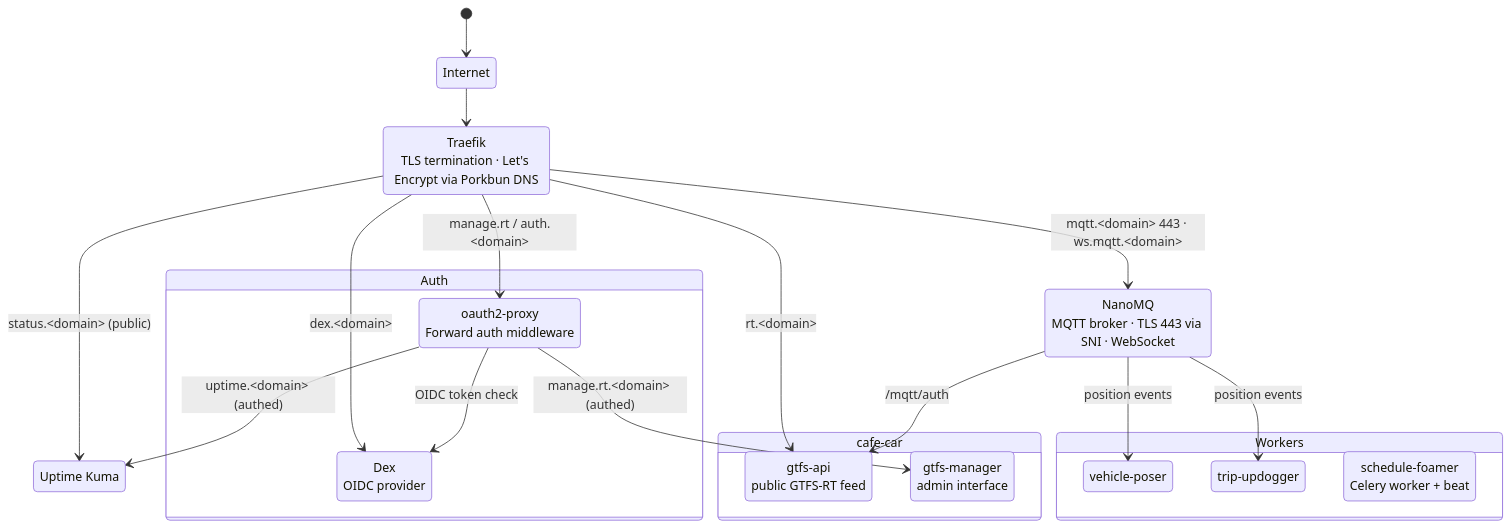
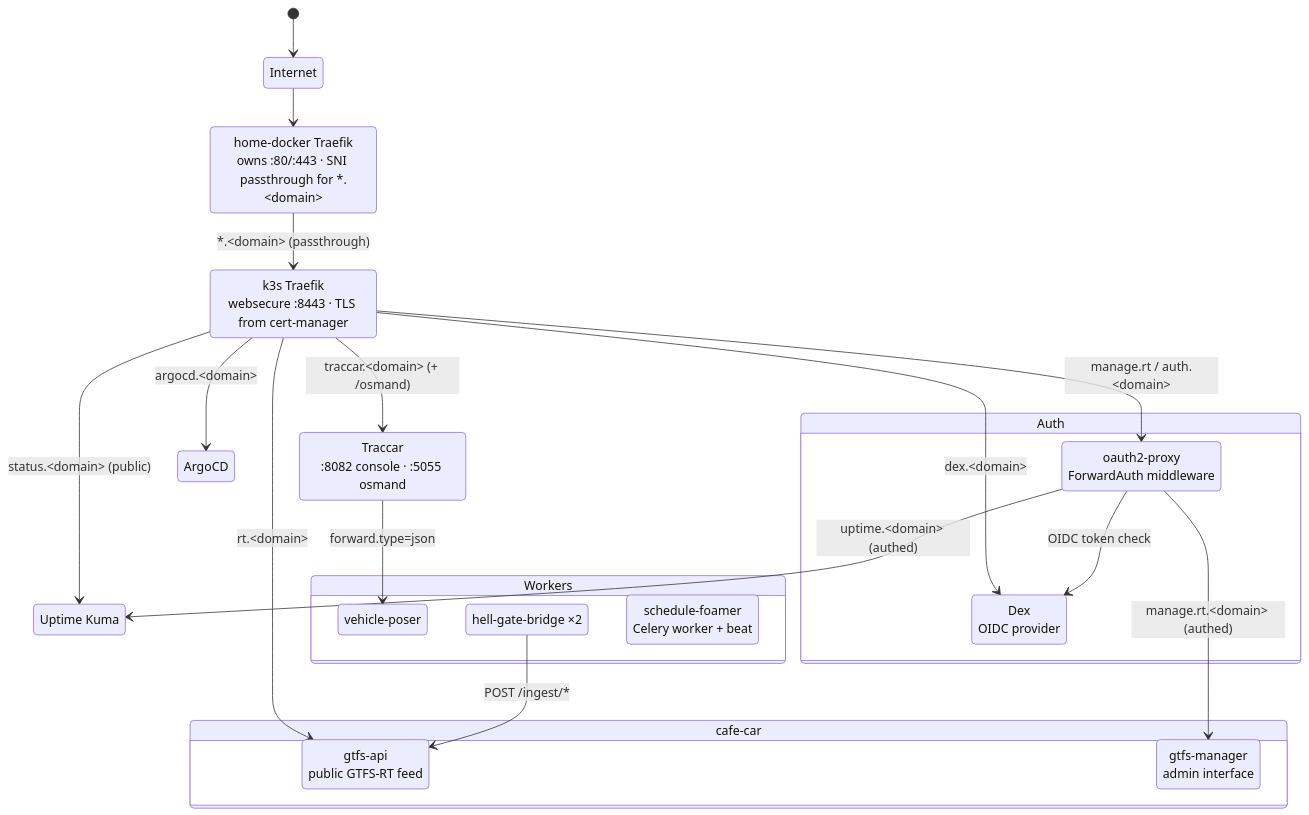
The fifth of 7 diagrams in README.md (gtfs-zone/deploy-gtfs-rt), drawn with Mermaid before and after one commit. The commit also changed other lines of this file and 39 other files, not shown here.

````diff
--- a/README.md
+++ b/README.md
@@ -291,40 +299,43 @@
 ```mermaid
 stateDiagram-v2
     Internet : Internet
-    tr : Traefik<br>TLS termination · Let's Encrypt via Porkbun DNS
-    nm : NanoMQ<br>MQTT broker · TLS 443 via SNI · WebSocket
+    edge : home-docker Traefik<br>owns :80/:443 · SNI passthrough for *.&ltdomain&gt
+    tr : k3s Traefik<br>websecure :8443 · TLS from cert-manager
+    tc : Traccar<br>:8082 console · :5055 osmand
     uk : Uptime Kuma
+    ag : ArgoCD
 
     state "Auth" as auth {
-        op : oauth2-proxy<br>Forward auth middleware
+        op : oauth2-proxy<br>ForwardAuth middleware
         dx : Dex<br>OIDC provider
     }
 
     state "cafe-car" as application {
         cp : gtfs-api<br>public GTFS-RT feed
         ca : gtfs-manager<br>admin interface
     }
 
     state "Workers" as workers {
         vp : vehicle-poser
-        tu : trip-updogger
+        hgb : hell-gate-bridge ×2
         sf : schedule-foamer<br>Celery worker + beat
     }
 
     [*] --> Internet
-    Internet --> tr
+    Internet --> edge
+    edge --> tr : *.&ltdomain&gt (passthrough)
 
     tr --> cp : rt.&ltdomain&gt
     tr --> op : manage.rt / auth.&ltdomain&gt
     tr --> dx : dex.&ltdomain&gt
-    tr --> nm : mqtt.&ltdomain&gt 443 · ws.mqtt.&ltdomain&gt
+    tr --> tc : traccar.&ltdomain&gt (+ /osmand)
     tr --> uk : status.&ltdomain&gt (public)
+    tr --> ag : argocd.&ltdomain&gt
 
     op --> ca : manage.rt.&ltdomain&gt (authed)
     op --> uk : uptime.&ltdomain&gt (authed)
     op --> dx : OIDC token check
 
-    nm --> cp : /mqtt/auth
-    nm --> vp : position events
-    nm --> tu : position events
+    tc --> vp : forward.type=json
+    hgb --> cp : POST /ingest/*
 ```
````
